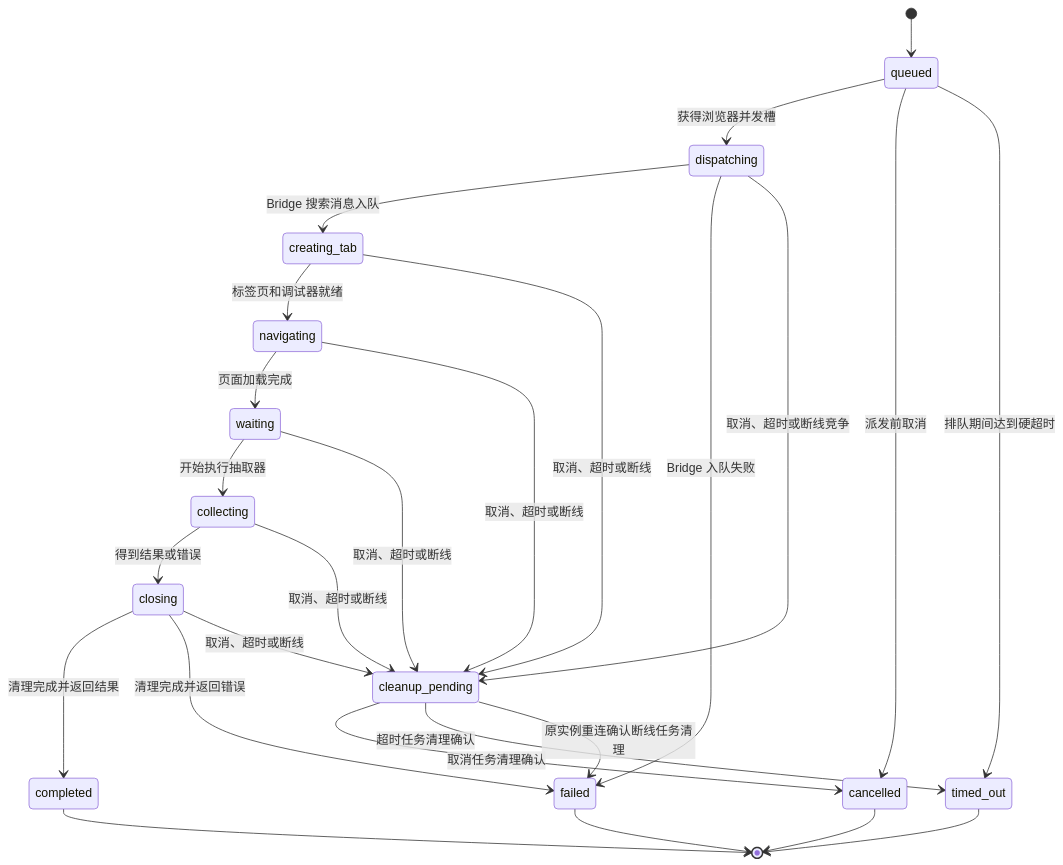
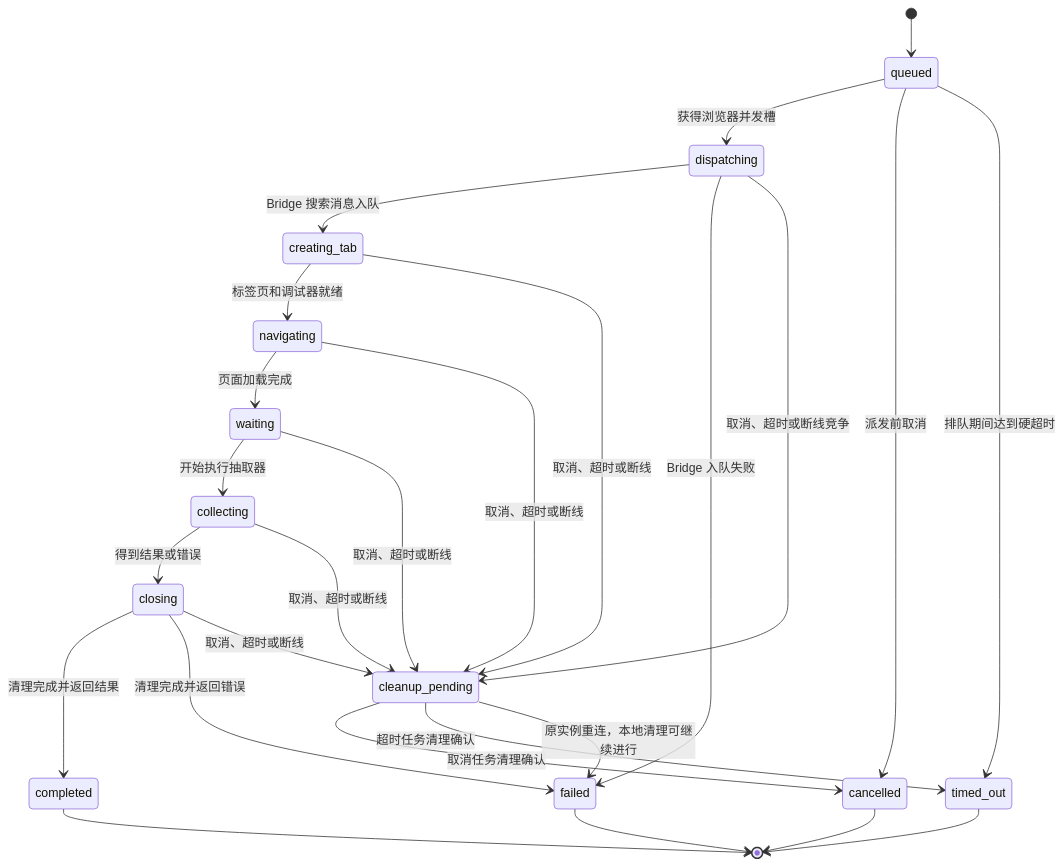
One commit to Joey-Kot/Browser-Search changed the third of 3 diagrams in README_ZH.md. Above: the diagram before and after it, drawn with Mermaid. The commit also changed other lines of this file and 6 other files, not shown here.

````diff
--- a/README_ZH.md
+++ b/README_ZH.md
@@ -147,28 +147,28 @@
 ```mermaid
 stateDiagram-v2
     [*] --> queued
     queued --> dispatching: 获得浏览器并发槽
     dispatching --> creating_tab: Bridge 搜索消息入队
     dispatching --> failed: Bridge 入队失败
     creating_tab --> navigating: 标签页和调试器就绪
     navigating --> waiting: 页面加载完成
     waiting --> collecting: 开始执行抽取器
     collecting --> closing: 得到结果或错误
     closing --> completed: 清理完成并返回结果
     closing --> failed: 清理完成并返回错误
     queued --> cancelled: 派发前取消
     queued --> timed_out: 排队期间达到硬超时
     dispatching --> cleanup_pending: 取消、超时或断线竞争
     creating_tab --> cleanup_pending: 取消、超时或断线
     navigating --> cleanup_pending: 取消、超时或断线
     waiting --> cleanup_pending: 取消、超时或断线
     collecting --> cleanup_pending: 取消、超时或断线
     closing --> cleanup_pending: 取消、超时或断线
     cleanup_pending --> cancelled: 取消任务清理确认
     cleanup_pending --> timed_out: 超时任务清理确认
-    cleanup_pending --> failed: 原实例重连确认断线任务清理
+    cleanup_pending --> failed: 原实例重连，本地清理可继续进行
     completed --> [*]
     failed --> [*]
     cancelled --> [*]
     timed_out --> [*]
 ```
````
